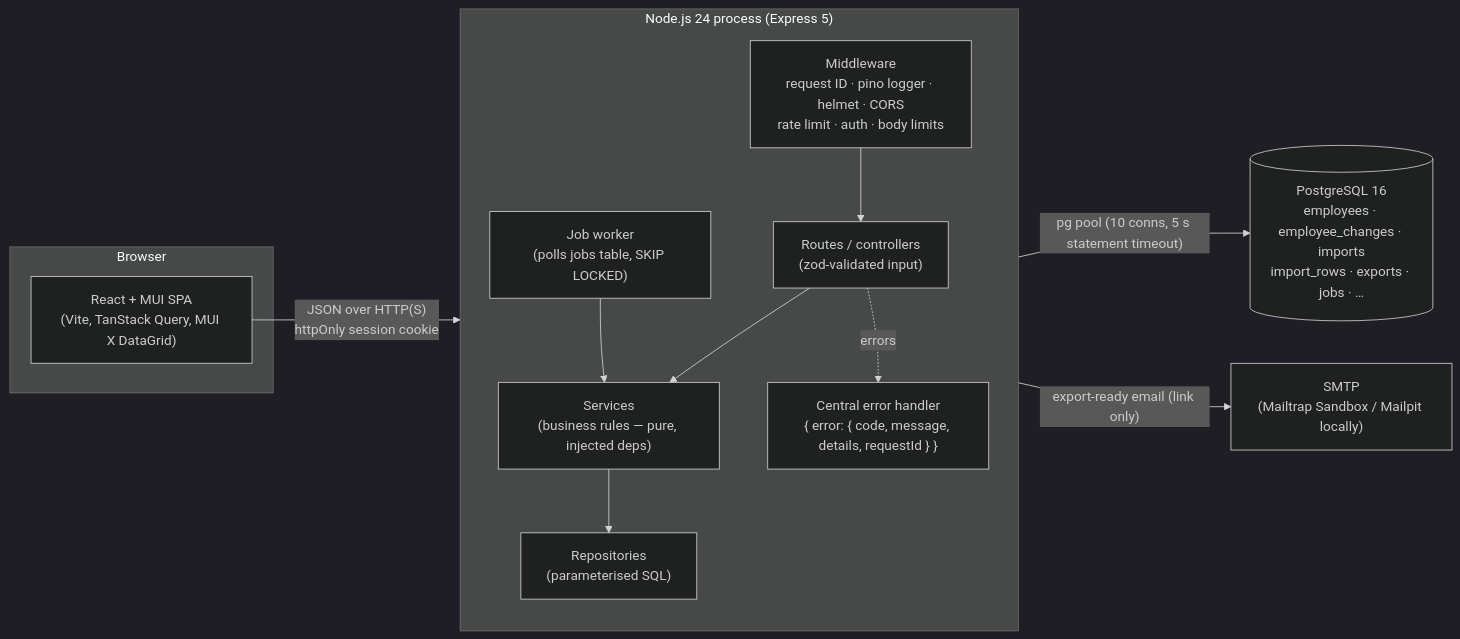
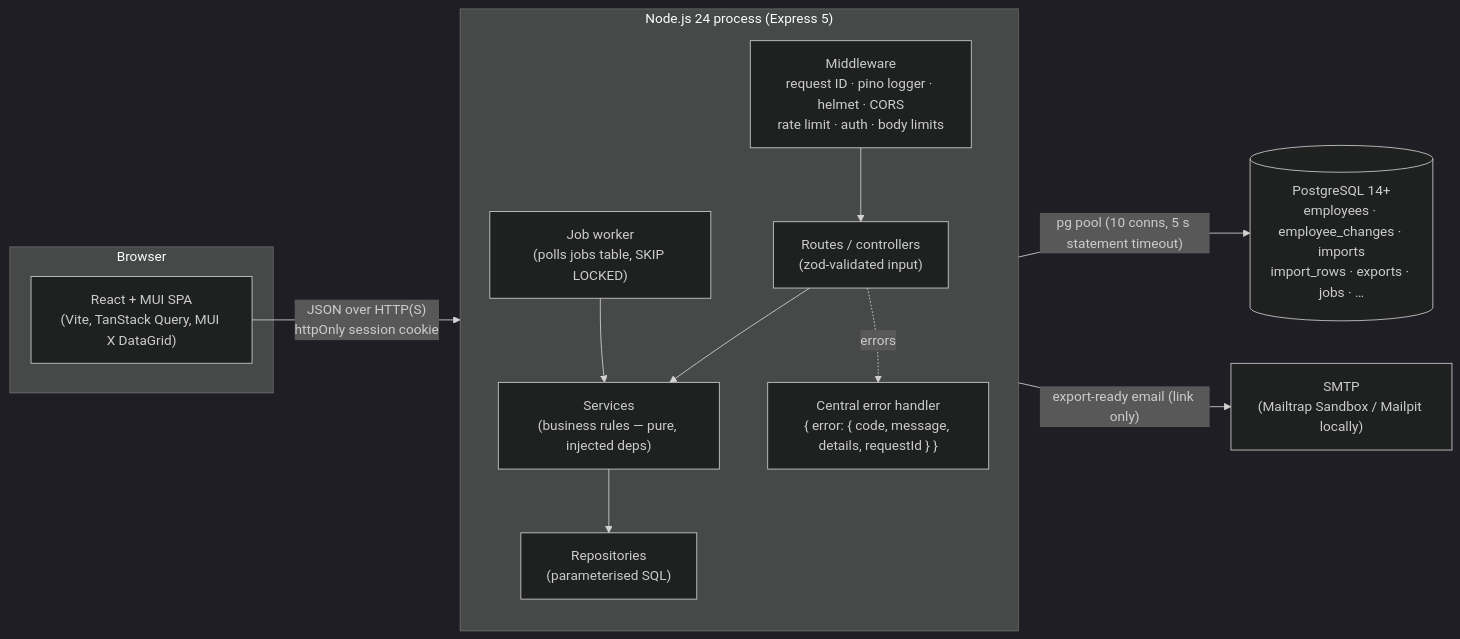
The first of 4 diagrams in docs/ARCHITECTURE.md (Shailesh-Kala/salary-management), drawn with Mermaid (dark theme) before and after one commit. The commit also changed other lines of this file and 4 other files, not shown here.

````diff
--- a/docs/ARCHITECTURE.md
+++ b/docs/ARCHITECTURE.md
@@ -11,26 +11,26 @@
 ```mermaid
 flowchart LR
   subgraph Browser
     SPA["React + MUI SPA<br/>(Vite, TanStack Query, MUI X DataGrid)"]
   end
 
   subgraph API["Node.js 24 process (Express 5)"]
     direction TB
     MW["Middleware<br/>request ID · pino logger · helmet · CORS<br/>rate limit · auth · body limits"]
     RT["Routes / controllers<br/>(zod-validated input)"]
     SV["Services<br/>(business rules — pure, injected deps)"]
     RP["Repositories<br/>(parameterised SQL)"]
     WK["Job worker<br/>(polls jobs table, SKIP LOCKED)"]
     EH["Central error handler<br/>{ error: { code, message, details, requestId } }"]
     MW --> RT --> SV --> RP
     WK --> SV
     RT -.errors.-> EH
   end
 
-  PG[("PostgreSQL 16<br/>employees · employee_changes · imports<br/>import_rows · exports · jobs · …")]
+  PG[("PostgreSQL 14+<br/>employees · employee_changes · imports<br/>import_rows · exports · jobs · …")]
   SMTP["SMTP<br/>(Mailtrap Sandbox / Mailpit locally)"]
 
   SPA -- "JSON over HTTP(S)<br/>httpOnly session cookie" --> MW
   RP -- "pg pool (10 conns, 5 s statement timeout)" --> PG
   SV -- "export-ready email (link only)" --> SMTP
 ```
````
